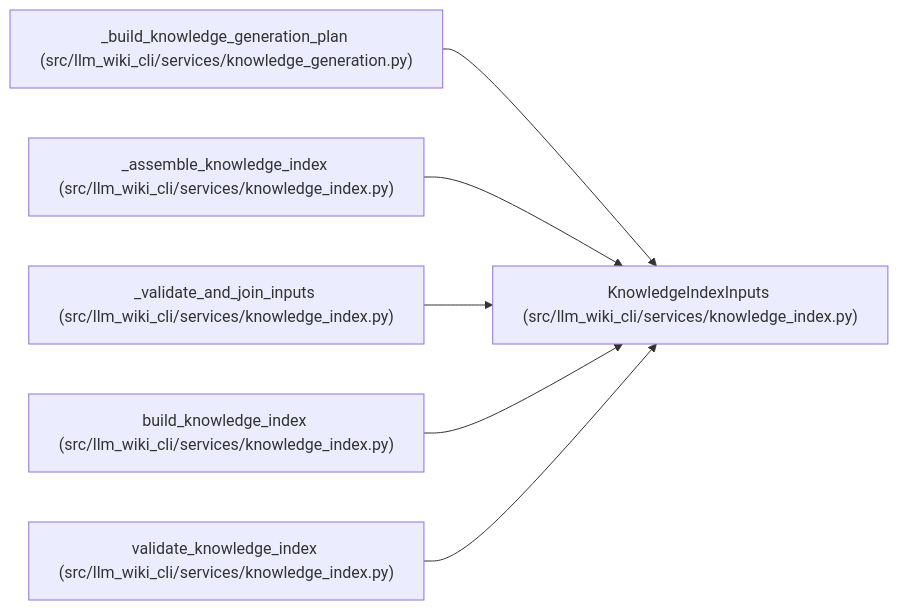
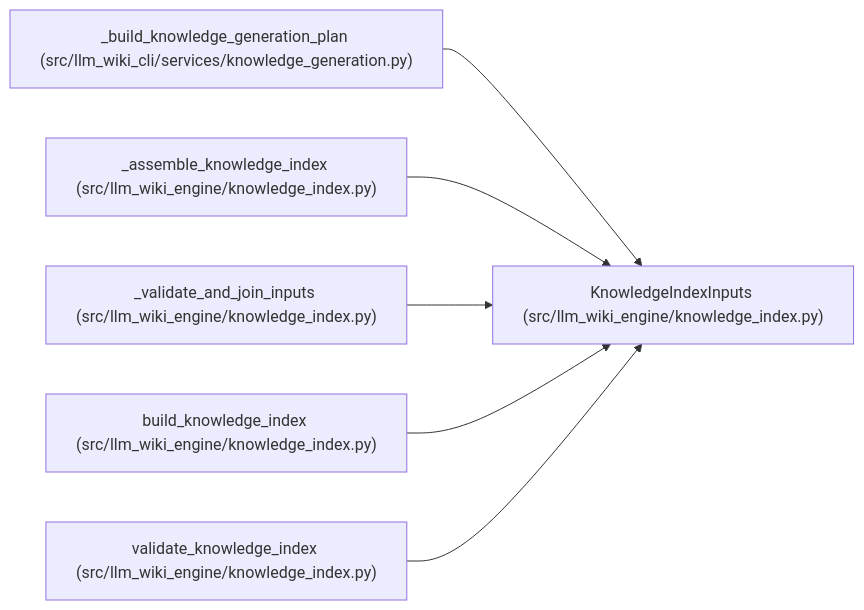
The diagram in docs/llm_wiki/entities/KnowledgeIndexInputs.md (Denissvgn/python-wiki-llm), drawn with Mermaid before and after one commit. The commit also changed other lines of this file and 1058 other files, not shown here.

First line of the commit message:
docs: refresh the wiki for the knowledge store move

````diff
--- a/docs/llm_wiki/entities/KnowledgeIndexInputs.md
+++ b/docs/llm_wiki/entities/KnowledgeIndexInputs.md
@@ -37,20 +37,20 @@
 ```mermaid
 flowchart LR
-    n0["KnowledgeIndexInputs (src/llm_wiki_cli/services/knowledge_index.py)"]
+    n0["KnowledgeIndexInputs (src/llm_wiki_engine/knowledge_index.py)"]
     n1["_build_knowledge_generation_plan (src/llm_wiki_cli/services/knowledge_generation.py)"]
-    n2["_assemble_knowledge_index (src/llm_wiki_cli/services/knowledge_index.py)"]
-    n3["_validate_and_join_inputs (src/llm_wiki_cli/services/knowledge_index.py)"]
-    n4["build_knowledge_index (src/llm_wiki_cli/services/knowledge_index.py)"]
-    n5["validate_knowledge_index (src/llm_wiki_cli/services/knowledge_index.py)"]
+    n2["_assemble_knowledge_index (src/llm_wiki_engine/knowledge_index.py)"]
+    n3["_validate_and_join_inputs (src/llm_wiki_engine/knowledge_index.py)"]
+    n4["build_knowledge_index (src/llm_wiki_engine/knowledge_index.py)"]
+    n5["validate_knowledge_index (src/llm_wiki_engine/knowledge_index.py)"]
     n1 --> n0
     n2 --> n0
     n3 --> n0
     n4 --> n0
     n5 --> n0
     click n0 "../modules/knowledge_index.md"
     click n1 "../modules/knowledge_generation.md"
     click n2 "../modules/knowledge_index.md"
     click n3 "../modules/knowledge_index.md"
     click n4 "../modules/knowledge_index.md"
     click n5 "../modules/knowledge_index.md"
 ```
````
